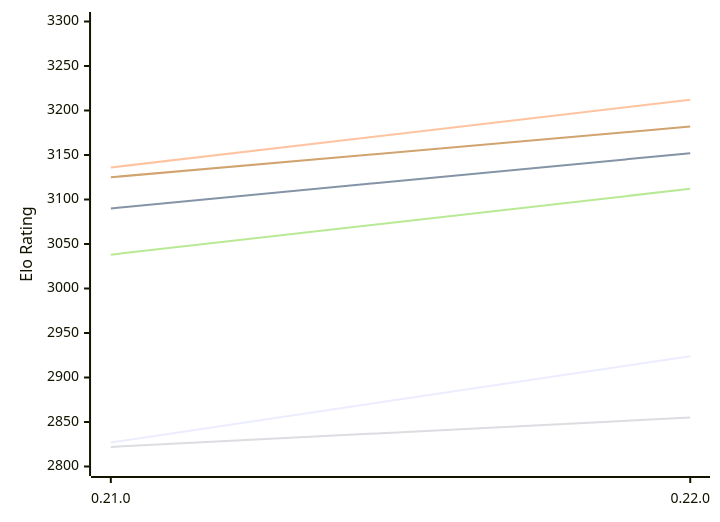
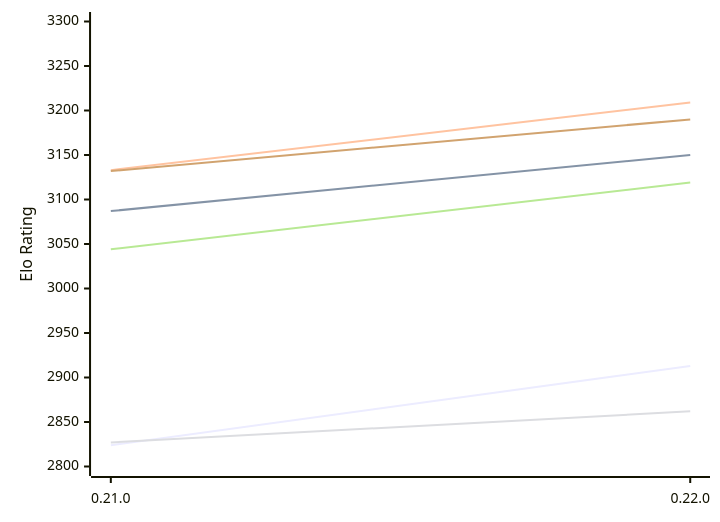
One commit to computer-chess-index/cci changed the first of 2 diagrams in engines/Princhess.md. Above: the diagram before and after it, drawn with Mermaid. The commit also changed other lines of this file, not shown here.

Commit message:
Update CCI Ratings (ELO VLTC) - 2026-11-23

````diff
--- a/engines/Princhess.md
+++ b/engines/Princhess.md
@@ -50,12 +50,12 @@
 ```mermaid
 %%{init: {"theme":"base","themeVariables":{"seriesColors:['#a3a3a3','#222221','#faa371']}}}%%
 xychart-beta
   x-axis ["0.21.0", "0.22.0"]
   y-axis "Elo Rating" 2800 --> 3300
-  line "E1: STC (8.0+0.08s)" [2827, 2924]
-  line "E1: LTC (60.0+0.60s)" [3090, 3152]
-  line "E1: VLTC (2m24s+1.12s)" [3136, 3212]
-  line "P1: STC (8.0+0.08s)" [2822, 2855]
-  line "P1: LTC (60.0+0.60s)" [3038, 3112]
-  line "P1: VLTC (2m24s+1.12s)" [3125, 3182]
+  line "E1: STC (8.0+0.08s)" [2824, 2913]
+  line "E1: LTC (60.0+0.60s)" [3087, 3150]
+  line "E1: VLTC (2m24s+1.12s)" [3133, 3209]
+  line "P1: STC (8.0+0.08s)" [2827, 2862]
+  line "P1: LTC (60.0+0.60s)" [3044, 3119]
+  line "P1: VLTC (2m24s+1.12s)" [3132, 3190]
 ```
````
